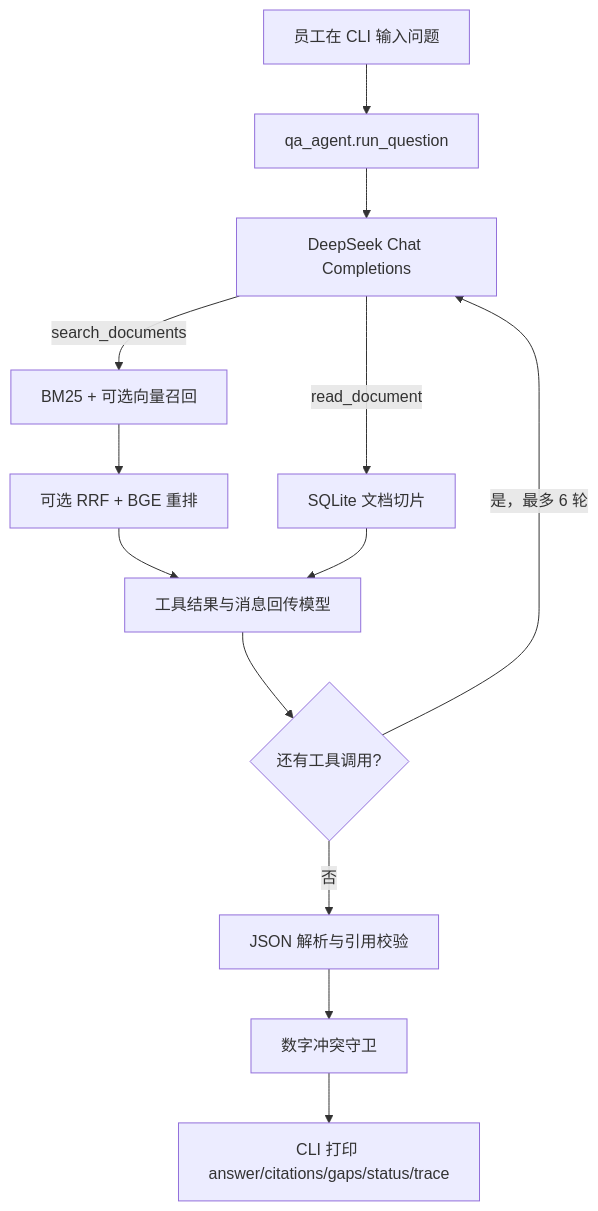
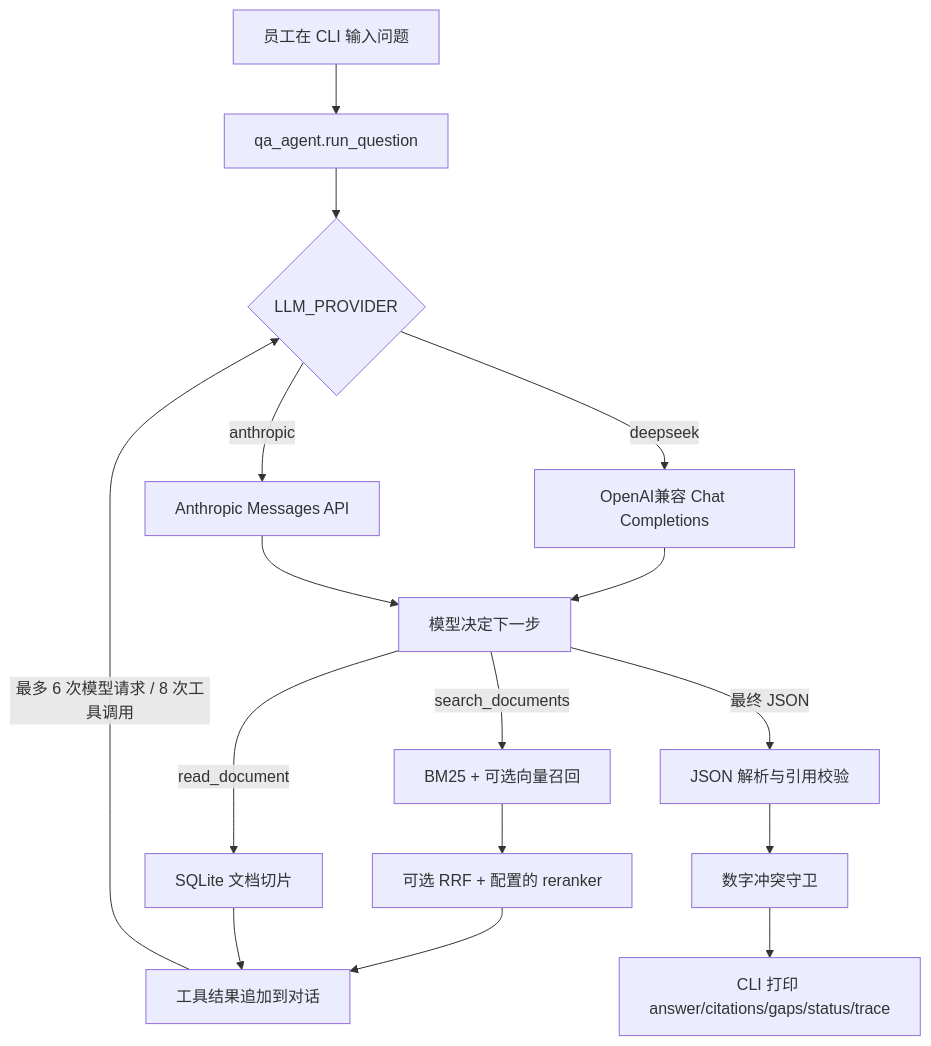
The diagram in docs/02-solution.md (lixiaoguai11/enterprise-knowledge-QA), drawn with Mermaid before and after one commit. The commit also changed other lines of this file and 16 other files, not shown here.

````diff
--- a/docs/02-solution.md
+++ b/docs/02-solution.md
@@ -7,15 +7,18 @@
 ```mermaid
 flowchart TD
     A[员工在 CLI 输入问题] --> B[qa_agent.run_question]
-    B --> C[DeepSeek Chat Completions]
-    C -->|search_documents| D[BM25 + 可选向量召回]
-    D --> E[可选 RRF + BGE 重排]
-    C -->|read_document| F[SQLite 文档切片]
-    E --> G[工具结果与消息回传模型]
+    B --> C{LLM_PROVIDER}
+    C -->|deepseek| C1[OpenAI兼容 Chat Completions]
+    C -->|anthropic| C2[Anthropic Messages API]
+    C1 --> M[模型决定下一步]
+    C2 --> M
+    M -->|search_documents| D[BM25 + 可选向量召回]
+    D --> E[可选 RRF + 配置的 reranker]
+    M -->|read_document| F[SQLite 文档切片]
+    E --> G[工具结果追加到对话]
     F --> G
-    G --> H{还有工具调用?}
-    H -->|是，最多 6 轮| C
-    H -->|否| I[JSON 解析与引用校验]
+    G -->|最多 6 次模型请求 / 8 次工具调用| C
+    M -->|最终 JSON| I[JSON 解析与引用校验]
     I --> J[数字冲突守卫]
     J --> K[CLI 打印 answer/citations/gaps/status/trace]
 ```
````
